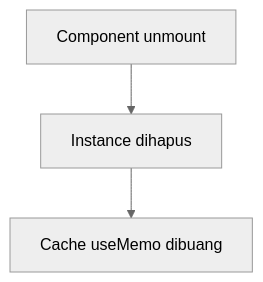
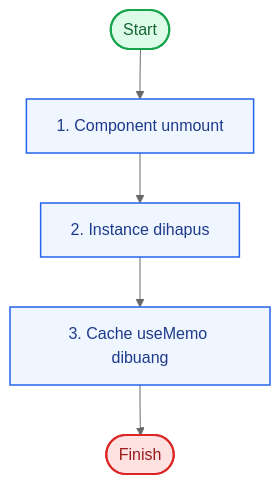
One commit to seftronics/react-basic changed the fourth of 4 diagrams in doc/function-usememo-guide.md. Above: the diagram before and after it, drawn with Mermaid (neutral theme). The commit also changed other lines of this file and 8 other files, not shown here.

````diff
--- a/doc/function-usememo-guide.md
+++ b/doc/function-usememo-guide.md
@@ -58,5 +79,12 @@
 ```mermaid
 flowchart TD
-    A[Component unmount] --> B[Instance dihapus]
-    B --> C[Cache useMemo dibuang]
+    S([Start]) --> A[1. Component unmount]
+    A --> B[2. Instance dihapus]
+    B --> C[3. Cache useMemo dibuang]
+    C --> Z([Finish])
+    classDef default fill:#eff6ff,stroke:#2563eb,stroke-width:1.5px,color:#1e3a8a;
+    classDef start fill:#dcfce7,stroke:#16a34a,stroke-width:2px,color:#166534;
+    classDef finish fill:#fee2e2,stroke:#dc2626,stroke-width:2px,color:#991b1b;
+    class S start;
+    class Z finish;
 ```
````
